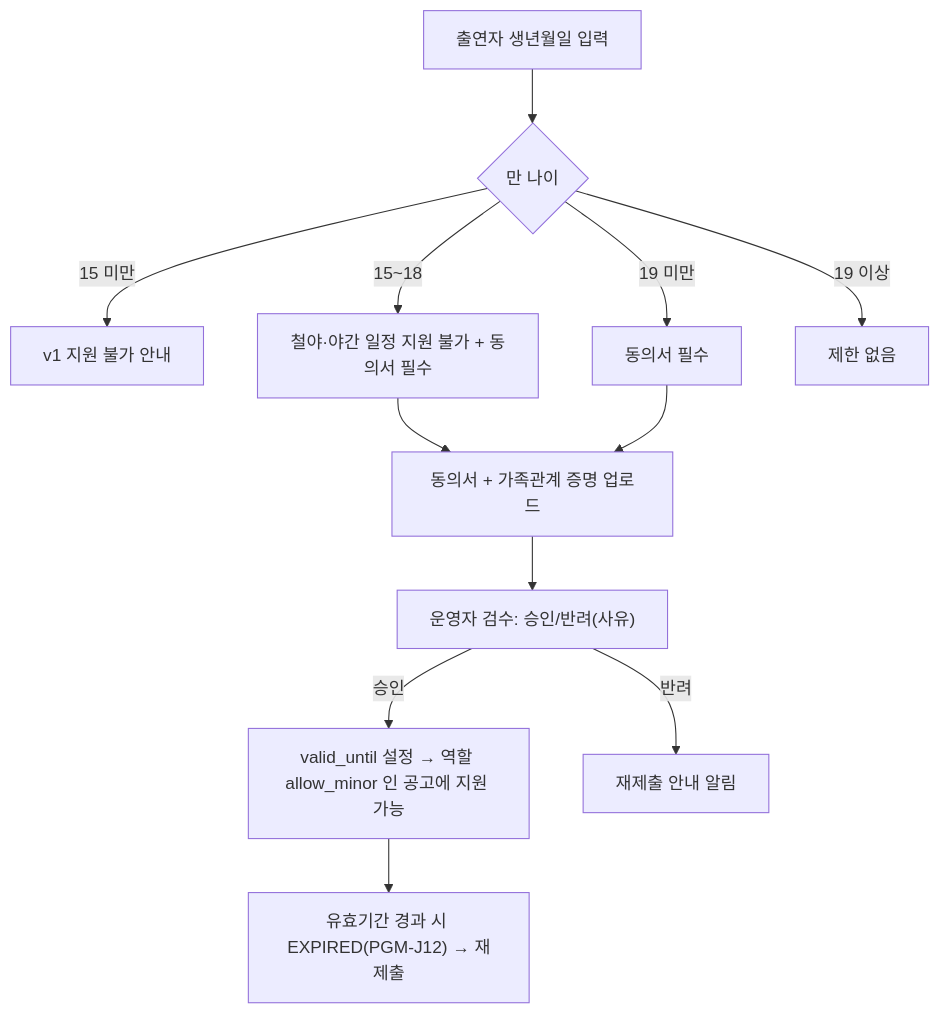
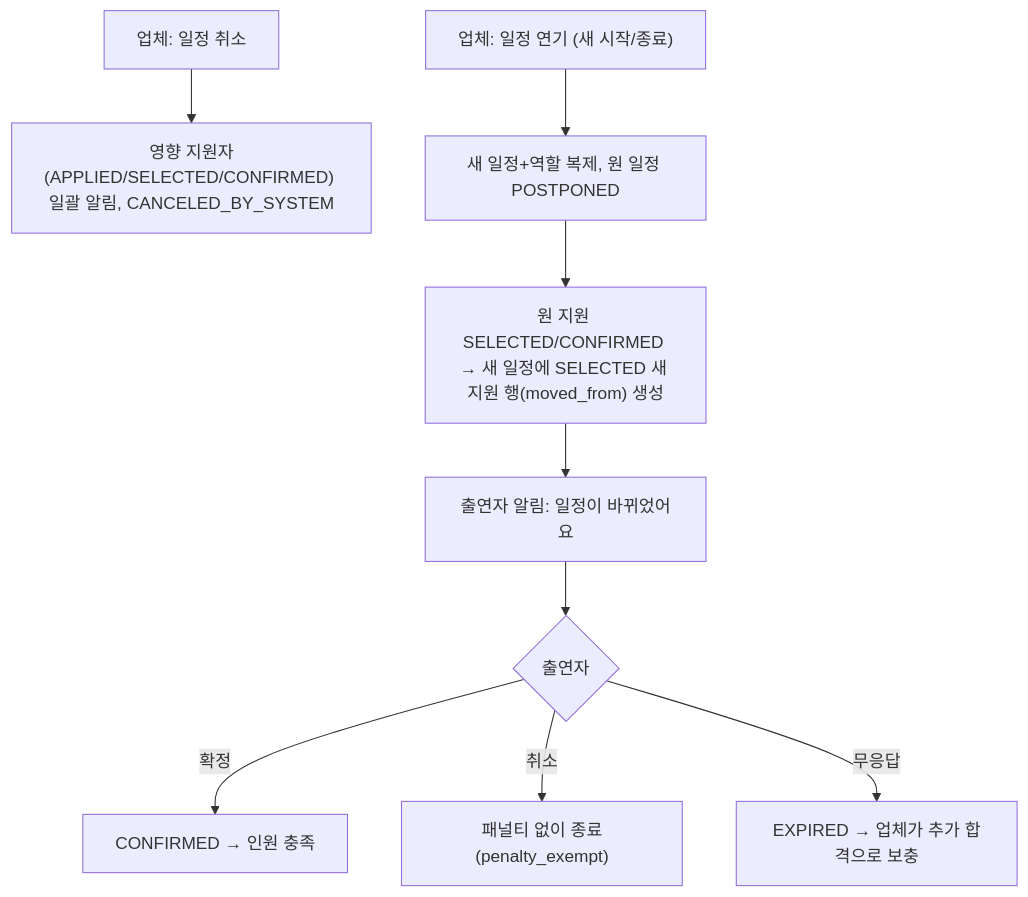
The tenth of 12 diagrams in docs/02_프로세스정의서.md (7fsikMinQ/O), drawn with Mermaid before and after one commit. The commit also changed other lines of this file and 38 other files, not shown here.

````diff
--- a/docs/02_프로세스정의서.md
+++ b/docs/02_프로세스정의서.md
@@ -159,14 +175,11 @@
 ```mermaid
 flowchart TD
-  A[출연자 생년월일 입력] --> B{만 나이}
-  B -->|15 미만| X[v1 지원 불가 안내]
-  B -->|15~18| C["철야·야간 일정 지원 불가 + 동의서 필수"]
-  B -->|19 미만| D[동의서 필수]
-  B -->|19 이상| OK[제한 없음]
-  C --> E["동의서 + 가족관계 증명 업로드"]
-  D --> E
-  E --> F["운영자 검수: 승인/반려(사유)"]
-  F -->|승인| G["valid_until 설정 → 역할 allow_minor 인 공고에 지원 가능"]
-  F -->|반려| H[재제출 안내 알림]
-  G --> I["유효기간 경과 시 EXPIRED(PGM-J12) → 재제출"]
+  A["업체: 일정 취소"] --> B["영향 지원자(APPLIED/SELECTED/CONFIRMED) 일괄 알림, CANCELED_BY_SYSTEM"]
+  C["업체: 일정 연기 (새 시작/종료)"] --> D["새 일정+역할 복제, 원 일정 POSTPONED"]
+  D --> E["원 지원 SELECTED/CONFIRMED → 새 일정에 SELECTED 새 지원 행(moved_from) 생성"]
+  E --> F["출연자 알림: 일정이 바뀌었어요"]
+  F --> G{"출연자"}
+  G -->|확정| H["CONFIRMED → 인원 충족"]
+  G -->|취소| I["패널티 없이 종료(penalty_exempt)"]
+  G -->|무응답| J["EXPIRED → 업체가 추가 합격으로 보충"]
 ```
````
